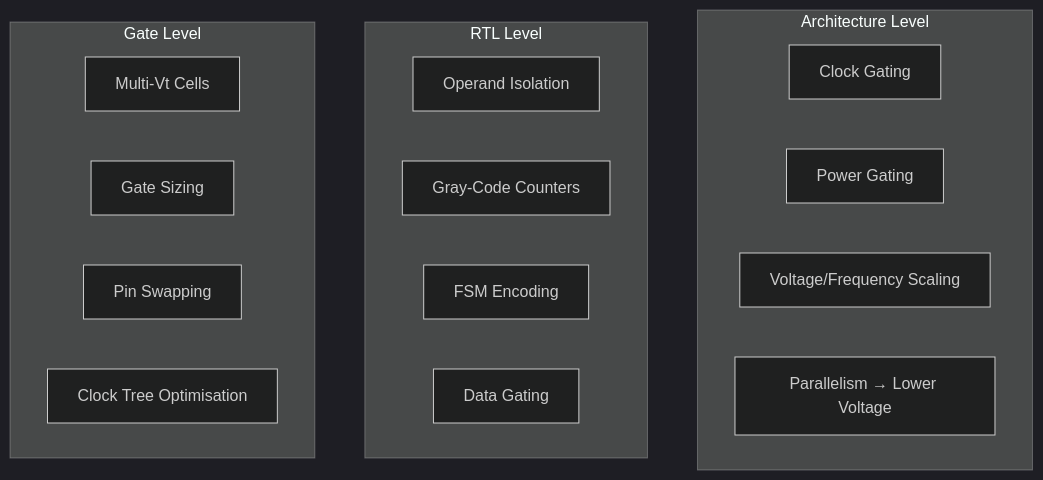
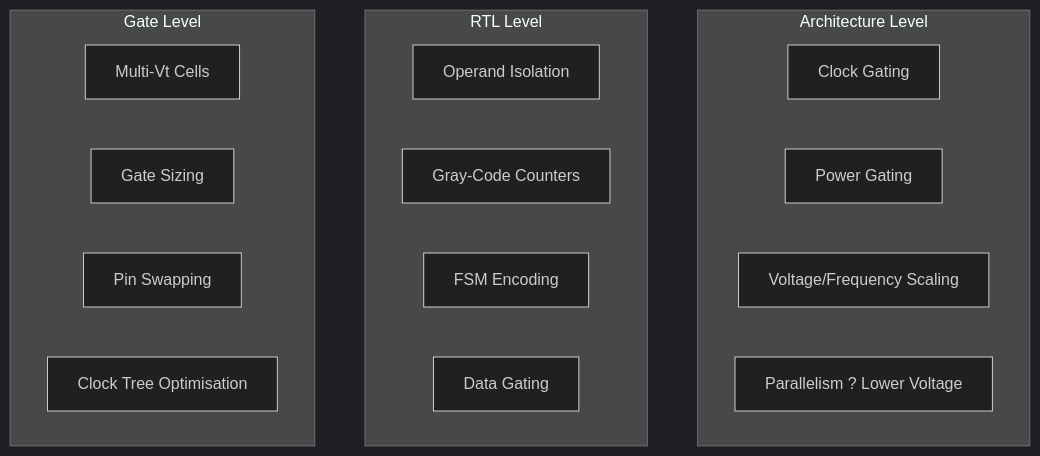
The second of 5 diagrams in docs/courses/digital-logic/15-advanced-topics.md (Raushan666java/ai-engineering-journey), drawn with Mermaid (dark theme) before and after one commit. The commit also changed other lines of this file and 790 other files, not shown here.

Commit message:
Sync all course diagram renders and content updates

````diff
--- a/docs/courses/digital-logic/15-advanced-topics.md
+++ b/docs/courses/digital-logic/15-advanced-topics.md
@@ -121,21 +121,21 @@
 ```mermaid
 graph TD
     subgraph "Architecture Level"
         A1[Clock Gating]
         A2[Power Gating]
         A3[Voltage/Frequency Scaling]
-        A4[Parallelism → Lower Voltage]
+        A4[Parallelism ? Lower Voltage]
     end
     subgraph "RTL Level"
         R1[Operand Isolation]
         R2[Gray-Code Counters]
         R3[FSM Encoding]
         R4[Data Gating]
     end
     subgraph "Gate Level"
         G1[Multi-Vt Cells]
         G2[Gate Sizing]
         G3[Pin Swapping]
         G4[Clock Tree Optimisation]
     end
 ```
````
